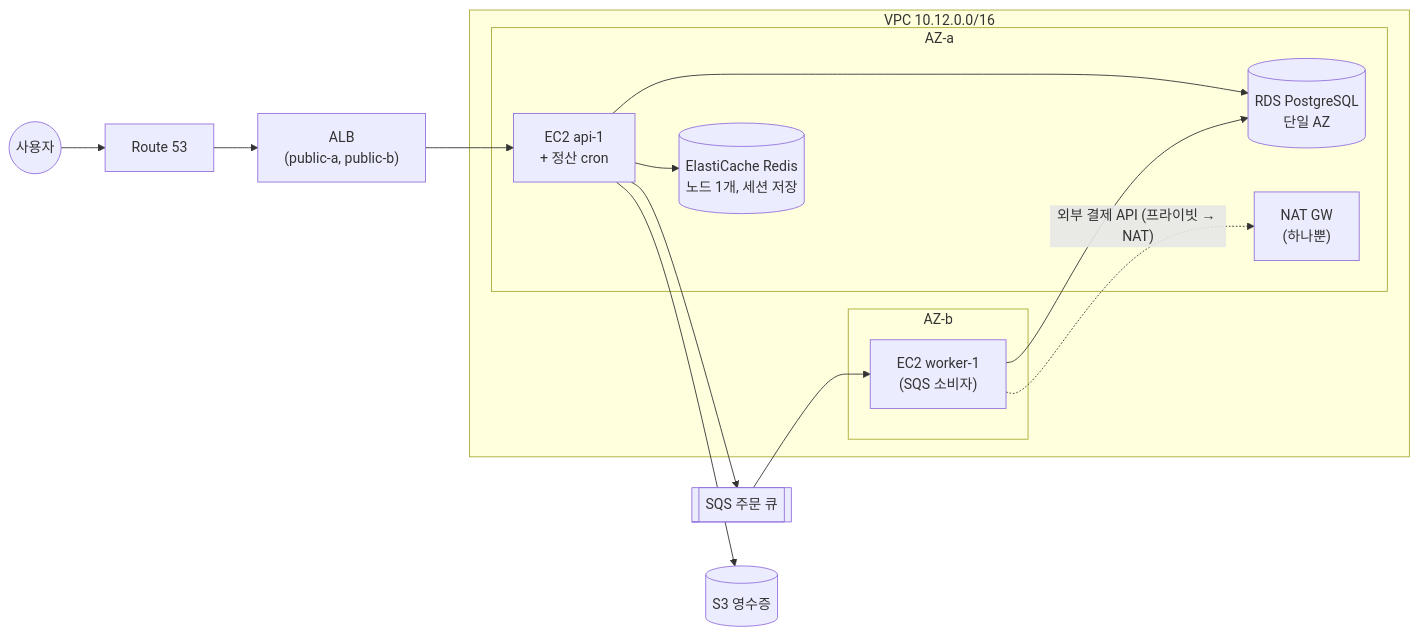
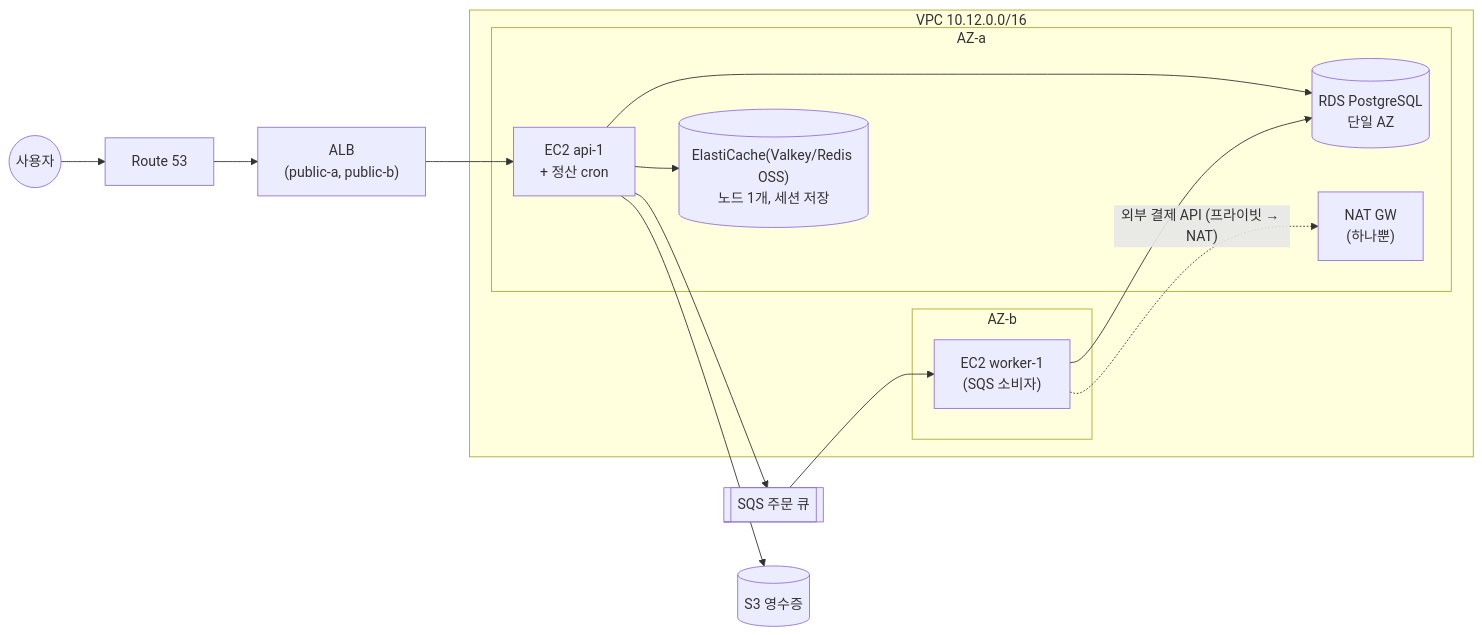
One commit to Ring-wdr/aws-newbie-guide changed the second of 2 diagrams in curriculum/m12-resilience-dr-migration/01-availability-and-spof.md. Above: the diagram before and after it, drawn with Mermaid. The commit also changed 4 other files, not shown here.

Commit message:
fix(m12): verify.sh가 기본값까지 정한 뒤 두 포트를 비교, Valkey/Redis OSS·글로벌 테이블 용어 통일

````diff
--- a/curriculum/m12-resilience-dr-migration/01-availability-and-spof.md
+++ b/curriculum/m12-resilience-dr-migration/01-availability-and-spof.md
@@ -85,24 +85,24 @@
 ```mermaid
 flowchart LR
   U((사용자)) --> R53[Route 53]
   R53 --> ALB["ALB<br/>(public-a, public-b)"]
   subgraph VPC["VPC 10.12.0.0/16"]
     subgraph AZa["AZ-a"]
       NAT["NAT GW<br/>(하나뿐)"]
       API["EC2 api-1<br/>+ 정산 cron"]
       DB[("RDS PostgreSQL<br/>단일 AZ")]
-      REDIS[("ElastiCache Redis<br/>노드 1개, 세션 저장")]
+      REDIS[("ElastiCache(Valkey/Redis OSS)<br/>노드 1개, 세션 저장")]
     end
     subgraph AZb["AZ-b"]
       WRK["EC2 worker-1<br/>(SQS 소비자)"]
     end
   end
   ALB --> API
   API --> DB
   API --> REDIS
   API --> Q[[SQS 주문 큐]]
   Q --> WRK
   WRK --> DB
   API --> S3[(S3 영수증)]
   WRK -. "외부 결제 API (프라이빗 → NAT)" .-> NAT
 ```
````
